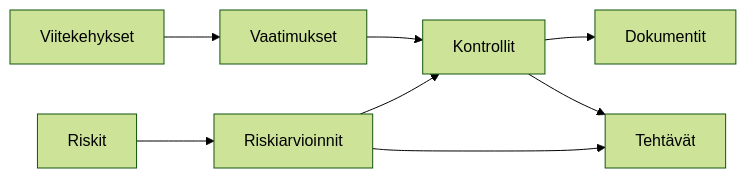
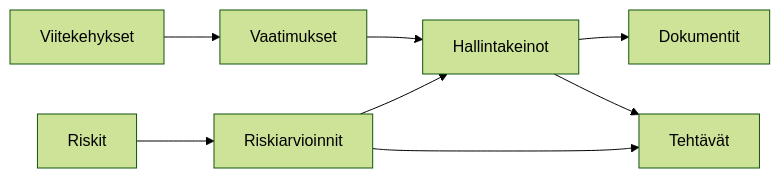
One commit to tekve/gover-docs changed the diagram in i18n/fi/docusaurus-plugin-content-docs/current/getting-started/intro.md. Above: the diagram before and after it, drawn with Mermaid (forest theme). The commit also changed other lines of this file and 38 other files, not shown here.

Commit message:
Rename Kontrollit to Hallintakeinot in Finnish

````diff
--- a/i18n/fi/docusaurus-plugin-content-docs/current/getting-started/intro.md
+++ b/i18n/fi/docusaurus-plugin-content-docs/current/getting-started/intro.md
@@ -15,10 +15,10 @@
 ```mermaid
 flowchart LR
     F[Viitekehykset] --> R[Vaatimukset]
-    R --> C[Kontrollit]
+    R --> C[Hallintakeinot]
     C --> D[Dokumentit]
     C --> T[Tehtävät]
     RI[Riskit] --> RA[Riskiarvioinnit]
     RA --> C
     RA --> T
 ```
````
